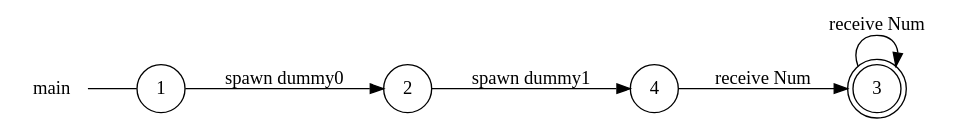
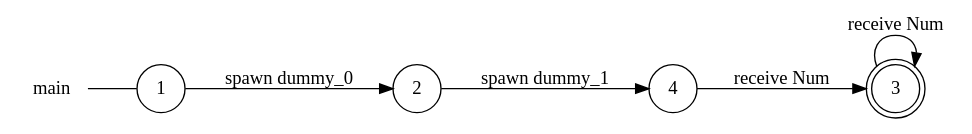
The diagram in examples/for-loop-recursion/main_local_view.dot (gabrielegenovese/chorer), drawn with Graphviz before and after one commit. The commit also changed 17 other files, not shown here.

```diff
--- a/examples/for-loop-recursion/main_local_view.dot
+++ b/examples/for-loop-recursion/main_local_view.dot
@@ -1,14 +1,14 @@
 digraph main {
 	rankdir="LR";
 	n_0 [label="main", shape="plaintext"];
 	n_1 [id="1", shape=circle, label="1"];
 	n_0 -> n_1 [arrowhead=none];
 	n_2 [id="2", shape=circle, label="2"];
 	n_3 [id="4", shape=circle, label="4"];
 	n_4 [id="3", shape=doublecircle, label="3"];
 
-	n_1 -> n_2 [id="[$e|1]", label="spawn dummy0"];
-	n_3 -> n_4 [id="[$e|3]", label="receive Num"];
-	n_4 -> n_4 [id="[$e|0]", label="receive Num"];
-	n_2 -> n_3 [id="[$e|2]", label="spawn dummy1"];
+	n_2 -> n_3 [id="[$e|2]", label="spawn dummy_1"];
+	n_3 -> n_4 [id="[$e|0]", label="receive Num"];
+	n_1 -> n_2 [id="[$e|1]", label="spawn dummy_0"];
+	n_4 -> n_4 [id="[$e|3]", label="receive Num"];
 }
```
